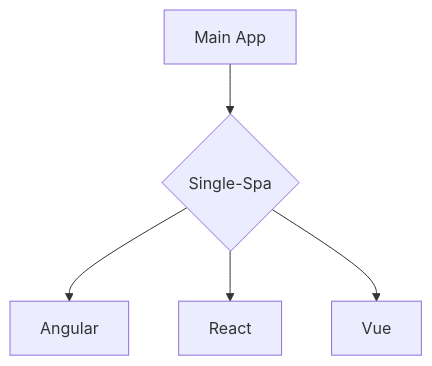
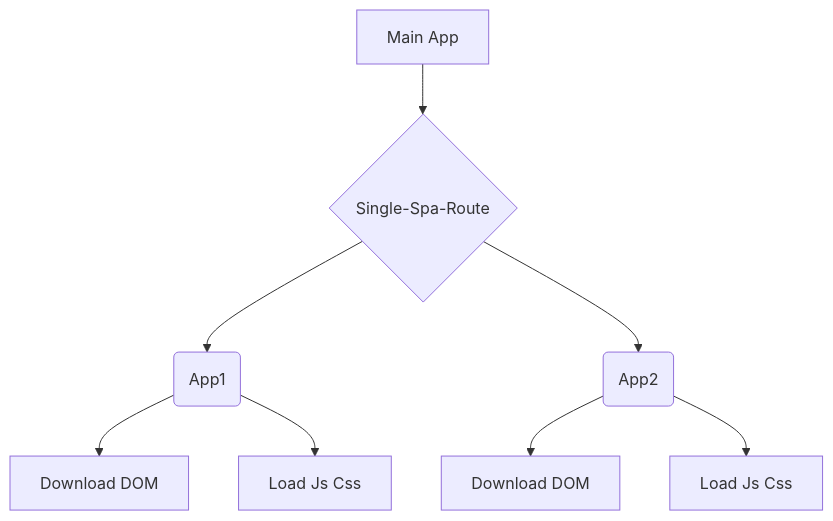
The diagram in slides/11.md (wangbo5759/qiankun-slidev), drawn with Mermaid before and after one commit. The commit also changed other lines of this file and 12 other files, not shown here.

````diff
--- a/slides/11.md
+++ b/slides/11.md
@@ -9,7 +10,10 @@
 ```mermaid {theme: 'neutral', scale: 0.8}
 graph TD
-B[Main App] --> C{Single-Spa}
-C --> D[Angular]
-C --> E[React]
-C --> F[Vue]
+B[Main App] --> C{Single-Spa-Route}
+C --> C1(App1)
+C --> C2(App2)
+C1 --> D1[Download DOM]
+C1 --> E1[Load Js Css]
+C2 --> D2[Download DOM]
+C2 --> E2[Load Js Css]
 ```
````
